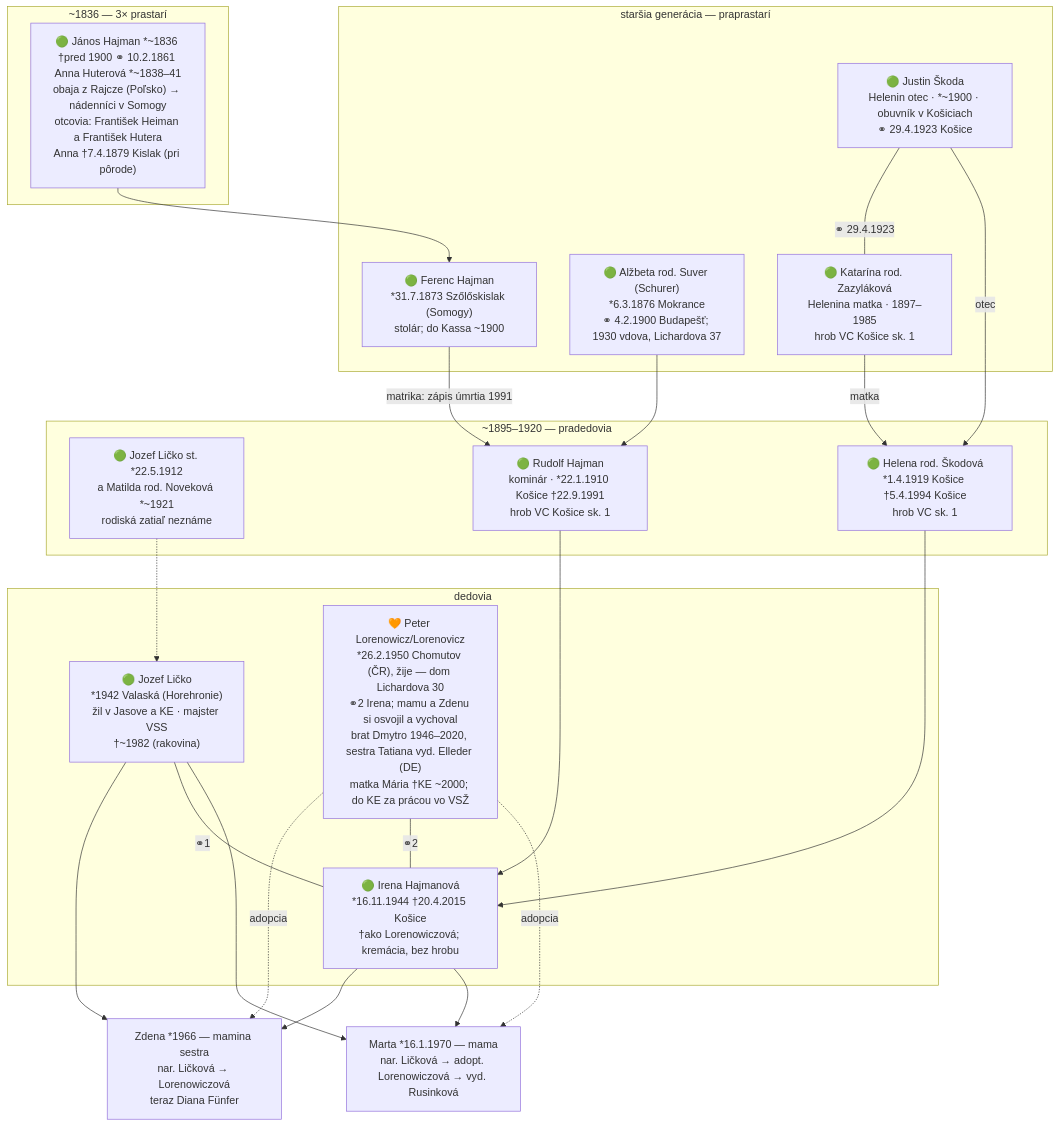
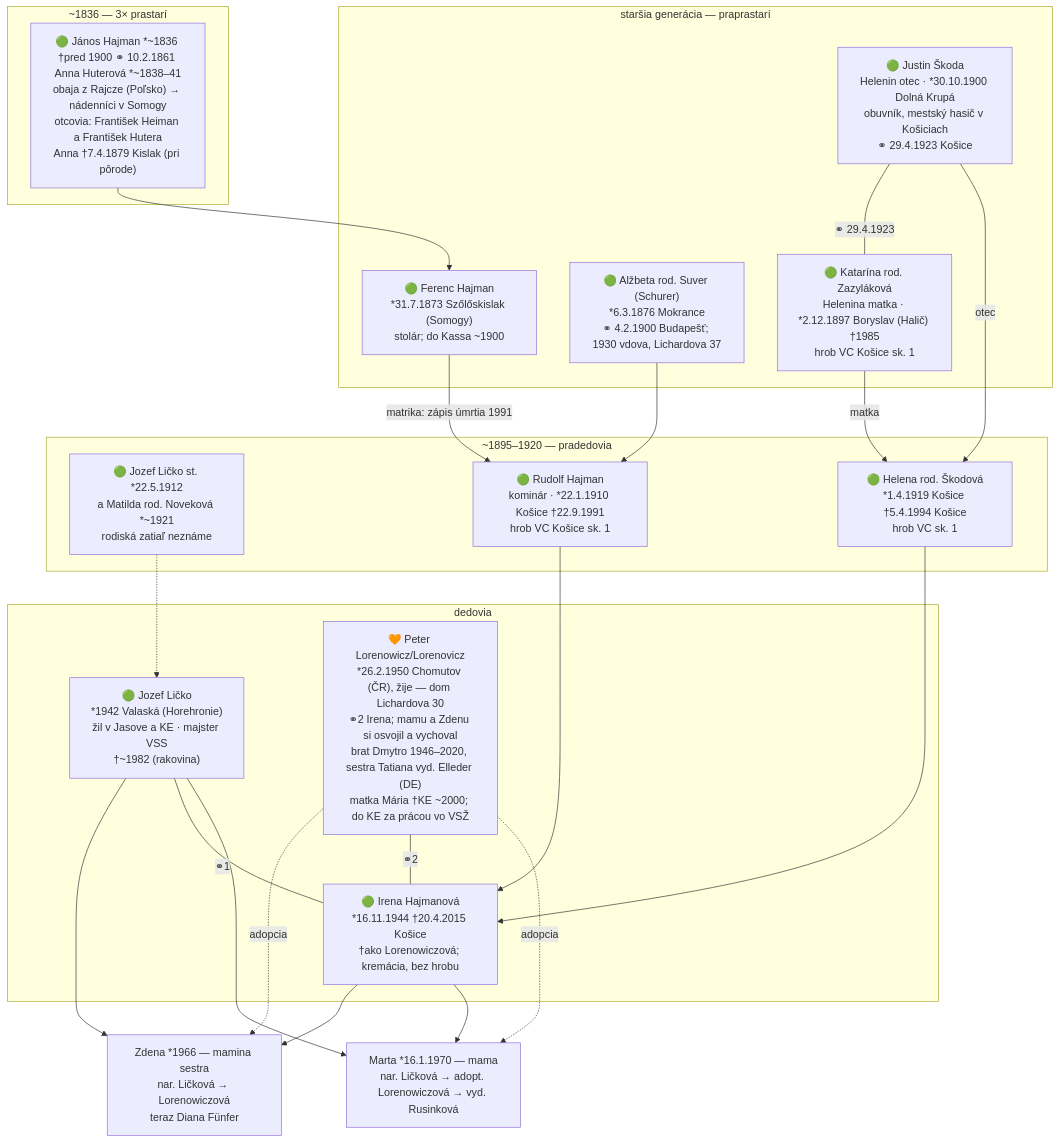
Before and after one commit to vrusi/genealogia: the second of 7 diagrams in docs/rodokmen.md, drawn with Mermaid. The commit also changed other lines of this file and 11 other files, not shown here.

Commit message:
Škodovci: Boryslav, Dolná Krupá, sčítanie 1930; stav výskumu 9.10.

````diff
--- a/docs/rodokmen.md
+++ b/docs/rodokmen.md
@@ -106,42 +106,42 @@
 ```mermaid
 graph TD
   subgraph mgen5["~1836 — 3× prastarí"]
     JHAH["🟢 János Hajman *~1836 †pred 1900 ⚭ 10.2.1861 Anna Huterová *~1838–41<br>obaja z Rajcze (Poľsko) → nádenníci v Somogy<br>otcovia: František Heiman a František Hutera<br>Anna †7.4.1879 Kislak (pri pôrode)"]
   end
   subgraph mgen4["staršia generácia — praprastarí"]
     FH["🟢 Ferenc Hajman<br>*31.7.1873 Szőlőskislak (Somogy)<br>stolár; do Kassa ~1900"]
     ASch["🟢 Alžbeta rod. Suver (Schurer)<br>*6.3.1876 Mokrance<br>⚭ 4.2.1900 Budapešť; 1930 vdova, Lichardova 37"]
-    KS["🟢 Katarína rod. Zazyláková<br>Helenina matka · 1897–1985<br>hrob VC Košice sk. 1"]
-    JS["🟢 Justin Škoda<br>Helenin otec · *~1900 · obuvník v Košiciach<br>⚭ 29.4.1923 Košice"]
+    KS["🟢 Katarína rod. Zazyláková<br>Helenina matka · *2.12.1897 Boryslav (Halič) †1985<br>hrob VC Košice sk. 1"]
+    JS["🟢 Justin Škoda<br>Helenin otec · *30.10.1900 Dolná Krupá<br>obuvník, mestský hasič v Košiciach<br>⚭ 29.4.1923 Košice"]
   end
   subgraph mgen3["~1895–1920 — pradedovia"]
     LX["🟢 Jozef Ličko st. *22.5.1912<br>a Matilda rod. Noveková *~1921<br>rodiská zatiaľ neznáme"]
     RH["🟢 Rudolf Hajman<br>kominár · *22.1.1910 Košice †22.9.1991<br>hrob VC Košice sk. 1"]
     HS["🟢 Helena rod. Škodová<br>*1.4.1919 Košice †5.4.1994 Košice<br>hrob VC sk. 1"]
   end
   subgraph mgen2["dedovia"]
     JL["🟢 Jozef Ličko<br>*1942 Valaská (Horehronie)<br>žil v Jasove a KE · majster VSS<br>†~1982 (rakovina)"]
     IH["🟢 Irena Hajmanová<br>*16.11.1944 †20.4.2015 Košice<br>†ako Lorenowiczová; kremácia, bez hrobu"]
     PL["🧡 Peter Lorenowicz/Lorenovicz<br>*26.2.1950 Chomutov (ČR), žije — dom Lichardova 30<br>⚭2 Irena; mamu a Zdenu si osvojil a vychoval<br>brat Dmytro 1946–2020, sestra Tatiana vyd. Elleder (DE)<br>matka Mária †KE ~2000; do KE za prácou vo VSŽ"]
   end
   ML["Marta *16.1.1970 — mama<br>nar. Ličková → adopt. Lorenowiczová → vyd. Rusinková"]
   ZD["Zdena *1966 — mamina sestra<br>nar. Ličková → Lorenowiczová<br>teraz Diana Fünfer"]
 
   JHAH --> FH
   FH -->|matrika: zápis úmrtia 1991| RH
   ASch --> RH
   JS ---|⚭ 29.4.1923| KS
   KS -->|matka| HS
   JS -->|otec| HS
   JL --> ZD
   IH --> ZD
   PL -.->|adopcia| ZD
   LX -.-> JL
   RH --> IH
   HS --> IH
   JL ---|⚭1| IH
   PL ---|⚭2| IH
   JL --> ML
   IH --> ML
   PL -.->|adopcia| ML
 ```
````
